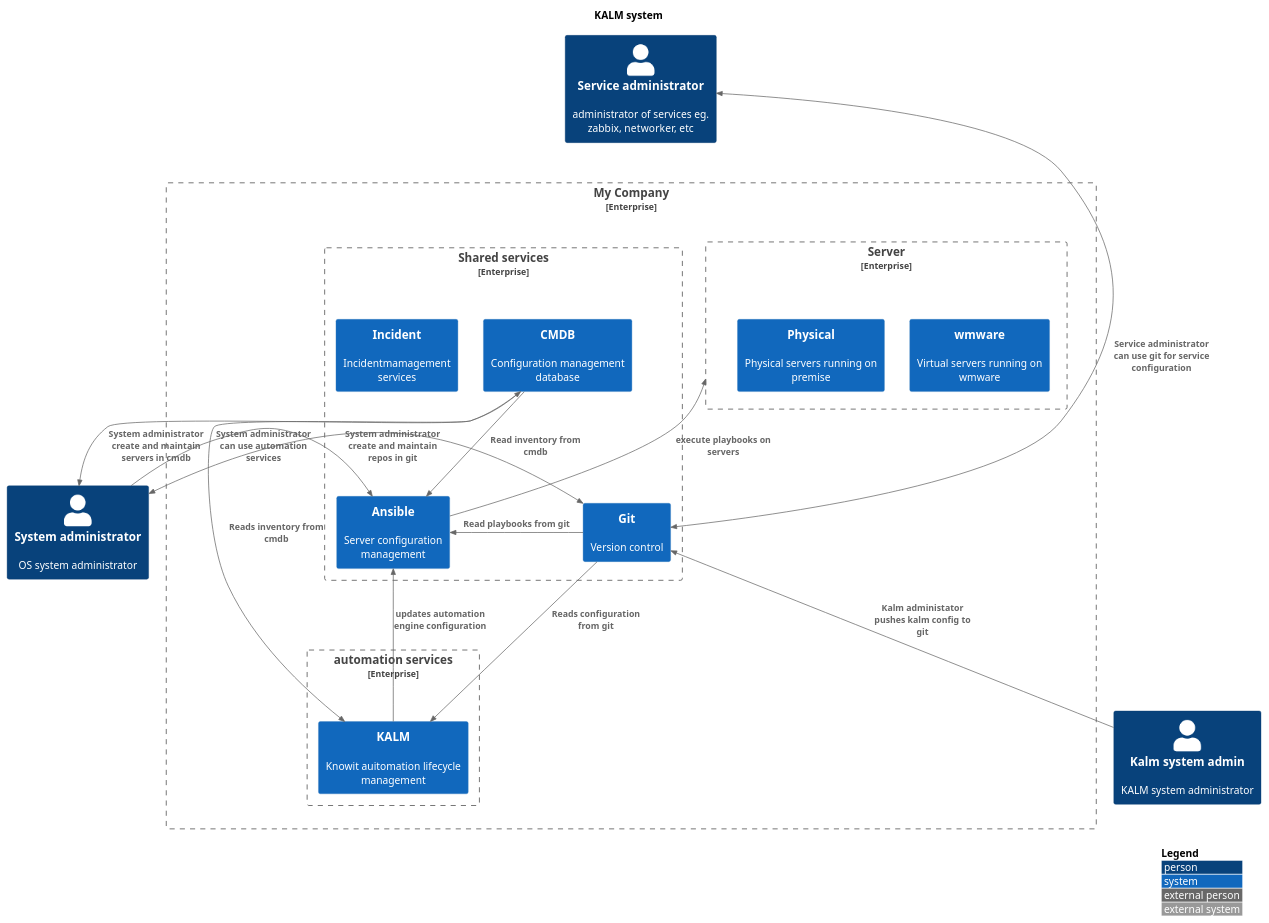
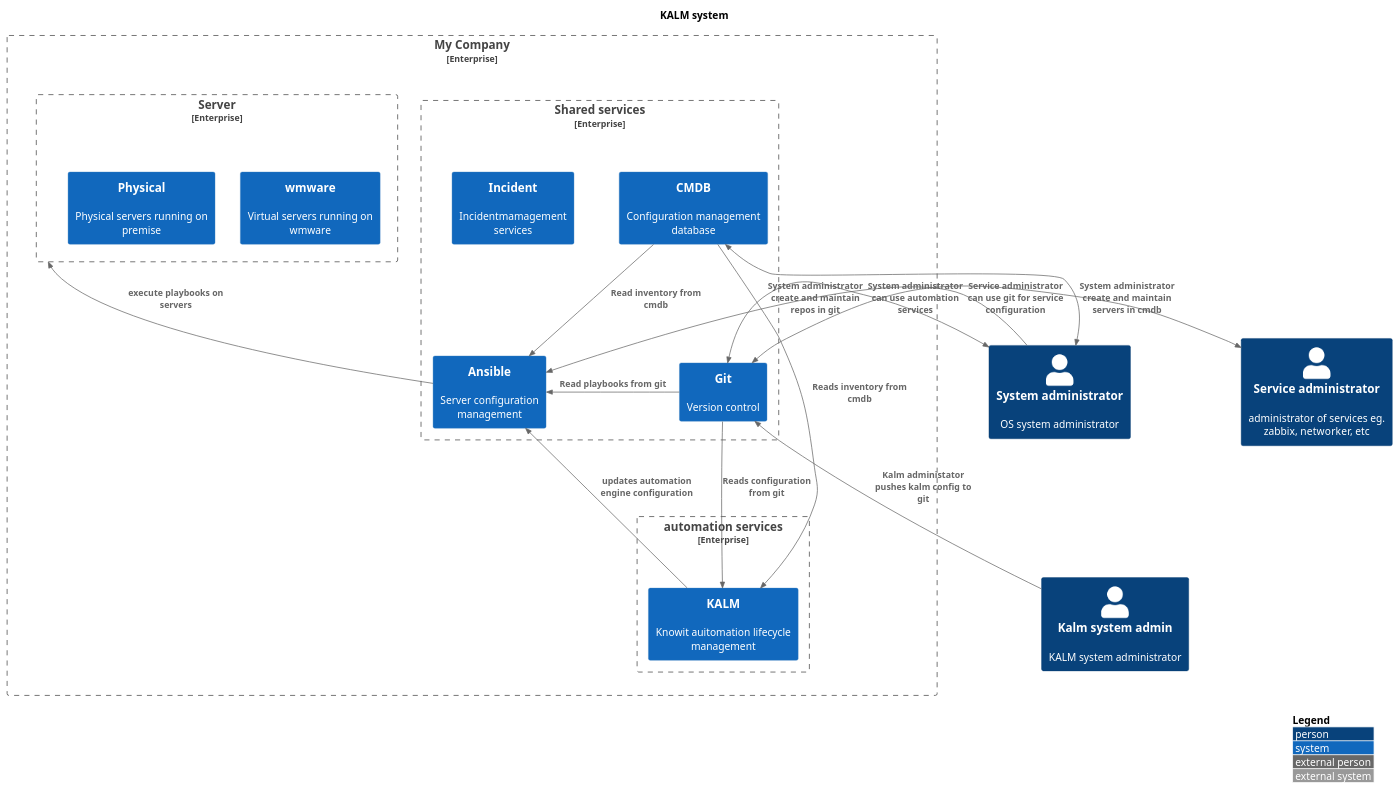
The diagram in diagrams/kalm.puml (JakobHolstDK/infowall), drawn with PlantUML before and after one commit.

Commit message:
no write

```diff
--- a/diagrams/kalm.puml
+++ b/diagrams/kalm.puml
@@ -1,65 +1,68 @@
 @startuml
 !include https://raw.githubusercontent.com/plantuml-stdlib/C4-PlantUML/master/C4_Context.puml
 
 ' uncomment the following line and comment the first to use locally
 ' !include C4_Context.puml
 
 LAYOUT_TOP_DOWN()
 'LAYOUT_AS_SKETCH()
 LAYOUT_WITH_LEGEND()
 
 
 title   KALM system
 
 Person(kalmadmin, "Kalm system admin", "KALM system administrator")
 Person(systemadmin, "System administrator", "OS system administrator")
 Person(serviceadmin, "Service administrator", "administrator of services eg. zabbix, networker, etc")
 
 
 Enterprise_Boundary(c0, "My Company", "My awesome organisation") {
 
 Enterprise_Boundary(c2, "Server ", "Virtuelle servere") {
     System(vmware, "wmware", "Virtual servers running on wmware")
     System(physicalservers, "Physical", "Physical servers running on premise")
 }
 
 Enterprise_Boundary(c3, "Shared services", "Shared services in the organisation") {
     System(cmdb, "CMDB", "Configuration management database")
     System(automation, "Ansible", "Server configuration management")
     System(git, "Git", "Version control")
     System(incident, "Incident", "Incidentmamagement services")
 }
 
 Enterprise_Boundary(c1, "automation services", "Automation services") {
     System(kalm, "KALM", "Knowit auitomation lifecycle management")
 }
 
 
 }
 
-Lay_D(serviceadmin,c0)
+Lay_U(serviceadmin,c0)
+Lay_U(systemadmin,c0)
+Lay_U(kalmadmin,c0)
+
 
 
 Rel_Neighbor(git, automation, "Read playbooks from git")
 Rel_D(cmdb, automation, "Read inventory from cmdb")
 Rel_U(automation, c2 , "execute playbooks on servers")
 
 
 Rel_U(kalmadmin, git, "Kalm administator pushes kalm config to git")
 
 Rel_U(systemadmin, automation, "System administrator can use automation services")
 BiRel_R(systemadmin, git, "System administrator create and maintain repos in git")
 BiRel_L(systemadmin, cmdb, "System administrator create and maintain servers in cmdb")
 BiRel_D(serviceadmin, git, "Service administrator can use git for service configuration")
 
 
 
 
 
 Rel_D(cmdb, kalm, "Reads inventory from cmdb")
 Rel_D(git, kalm, "Reads configuration from git")
 
 Rel_U(kalm, automation, "updates automation engine configuration")
 
 
 @enduml
```
